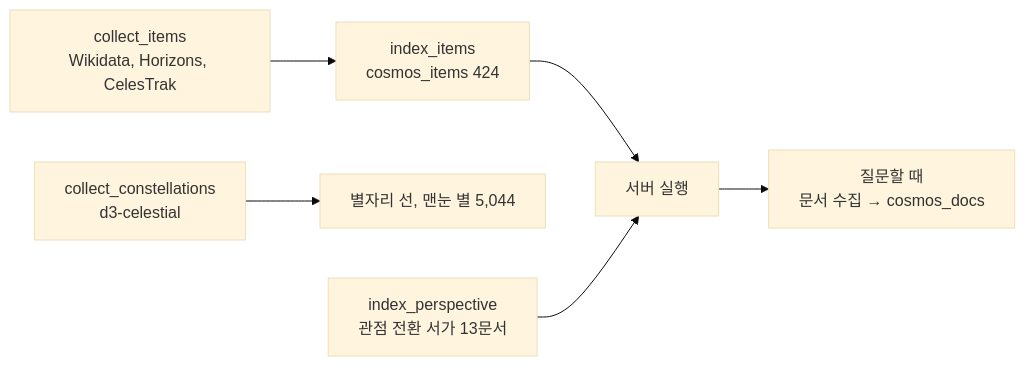
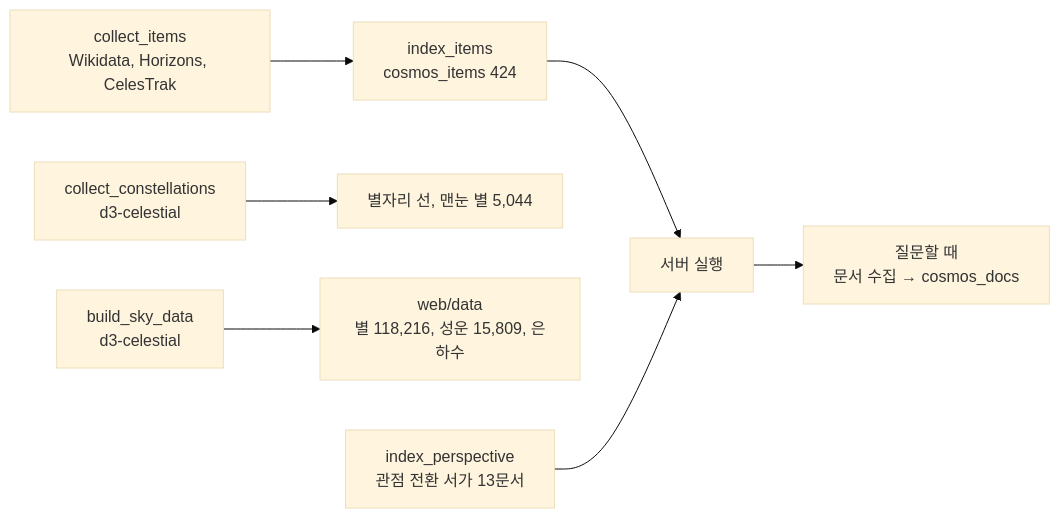
One commit to bnbong/VastHorizon changed the second of 2 diagrams in README.md. Above: the diagram before and after it, drawn with Mermaid (base theme). The commit also changed other lines of this file and 25 other files, not shown here.

````diff
--- a/README.md
+++ b/README.md
@@ -126,8 +127,9 @@
 ```mermaid
 flowchart LR
     A["collect_items<br/>Wikidata, Horizons, CelesTrak"] --> B["index_items<br/>cosmos_items 424"]
     C["collect_constellations<br/>d3-celestial"] --> F["별자리 선, 맨눈 별 5,044"]
+    H["build_sky_data<br/>d3-celestial"] --> W["web/data<br/>별 118,216, 성운 15,809, 은하수"]
     B --> S["서버 실행"]
     S --> Q["질문할 때<br/>문서 수집 → cosmos_docs"]
     P["index_perspective<br/>관점 전환 서가 13문서"] --> S
 ```
````
